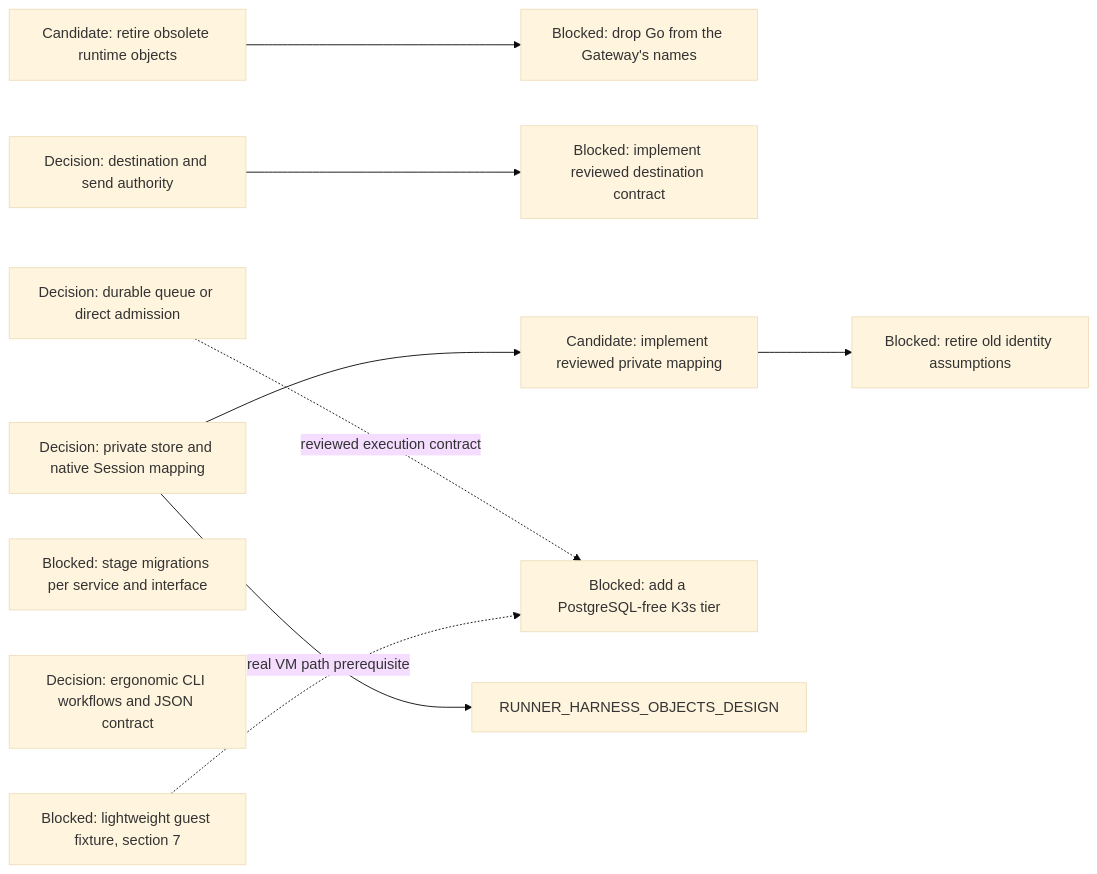
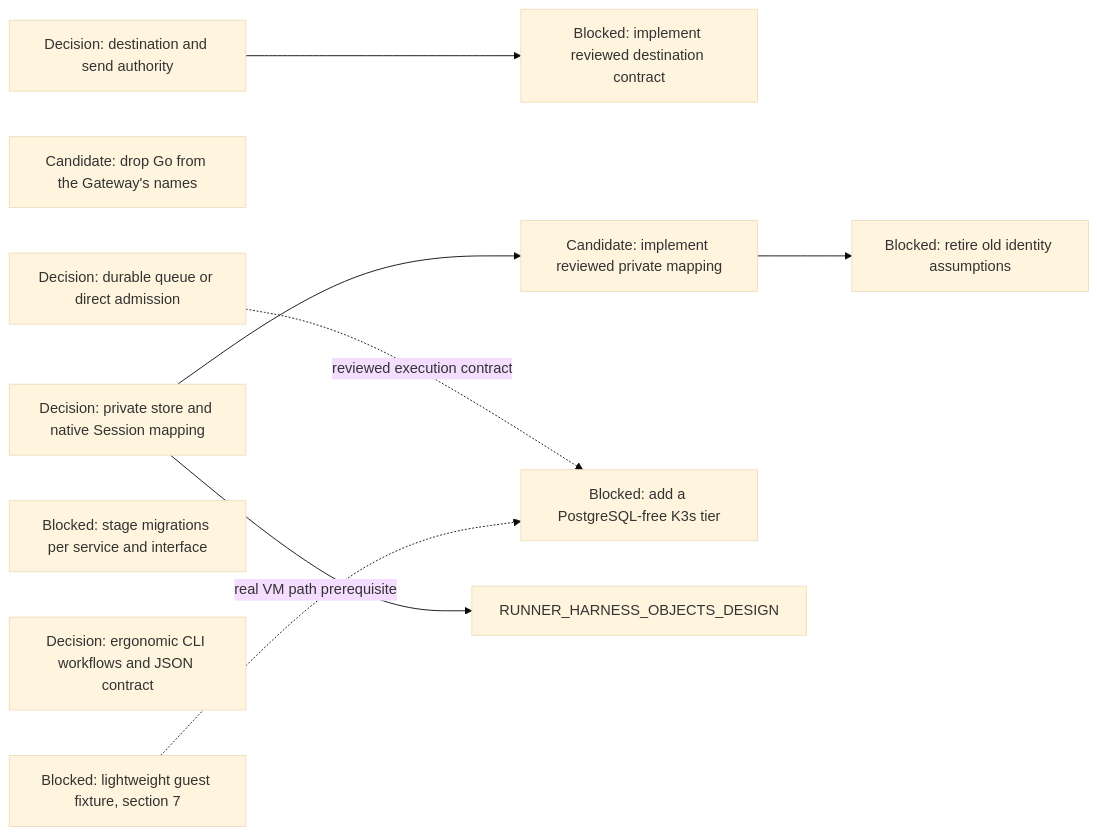
Diagram 16 of 16 in agentplane/plans/task_dag.md (agentydragon-agent/ducktape), drawn with Mermaid (base theme) before and after one commit. The commit also changed other lines of this file and 7 other files, not shown here.

````diff
--- a/agentplane/plans/task_dag.md
+++ b/agentplane/plans/task_dag.md
@@ -1719,22 +1719,20 @@
 ```mermaid
 flowchart LR
     DISPATCHER_PERSISTENCE_MODEL_DESIGN[Decision: durable queue or direct admission]
-    DELIVERY_OLD_RUNTIME_RETIRE[Candidate: retire obsolete runtime objects]
-    GATEWAY_RENAME[Blocked: drop Go from the Gateway's names]
+    GATEWAY_RENAME[Candidate: drop Go from the Gateway's names]
     DELIVERY_DESTINATION_AUTHORITY_DESIGN[Decision: destination and send authority]
     DELIVERY_DESTINATION_CONTRACT[Blocked: implement reviewed destination contract]
     HARNESS_IDENTITY_DESIGN[Decision: private store and native Session mapping]
     RUNNER_STORE_SESSION_IDENTITY[Candidate: implement reviewed private mapping]
     RUNNER_IDENTITY_LEGACY_CLEANUP[Blocked: retire old identity assumptions]
     SERVICE_API_TRANSPORT_MIGRATIONS[Blocked: stage migrations per service and interface]
     AGENT_API_TOOLING_DESIGN[Decision: ergonomic CLI workflows and JSON contract]
     CNPG_FREE_K3S_INTEGRATION_TIER[Blocked: add a PostgreSQL-free K3s tier]
     K3S_VM_IMAGE[Blocked: lightweight guest fixture, section 7]
-    DELIVERY_OLD_RUNTIME_RETIRE --> GATEWAY_RENAME
     DELIVERY_DESTINATION_AUTHORITY_DESIGN --> DELIVERY_DESTINATION_CONTRACT
     RUNNER_STORE_SESSION_IDENTITY --> RUNNER_IDENTITY_LEGACY_CLEANUP
     HARNESS_IDENTITY_DESIGN --> RUNNER_STORE_SESSION_IDENTITY
     HARNESS_IDENTITY_DESIGN --> RUNNER_HARNESS_OBJECTS_DESIGN
     DISPATCHER_PERSISTENCE_MODEL_DESIGN -. reviewed execution contract .-> CNPG_FREE_K3S_INTEGRATION_TIER
     K3S_VM_IMAGE -. real VM path prerequisite .-> CNPG_FREE_K3S_INTEGRATION_TIER
 ```
````
